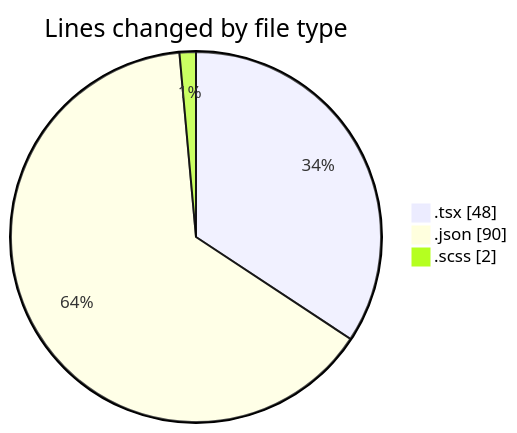
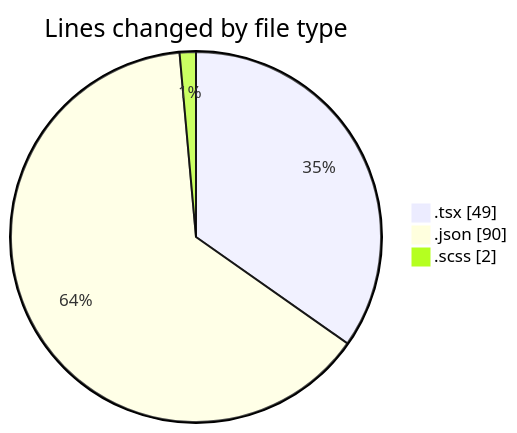
Before and after one commit to momahboobian/code-tracking: the first of 2 diagrams in 2026-05-13/cda/README.md, drawn with Mermaid. The commit also changed other lines of this file and 1 other file, not shown here.

````diff
--- a/2026-05-13/cda/README.md
+++ b/2026-05-13/cda/README.md
@@ -22,7 +22,7 @@
 ```mermaid
 pie showData
 title Lines changed by file type
-".tsx" : 48
+".tsx" : 49
 ".json" : 90
 ".scss" : 2
 ```
````
